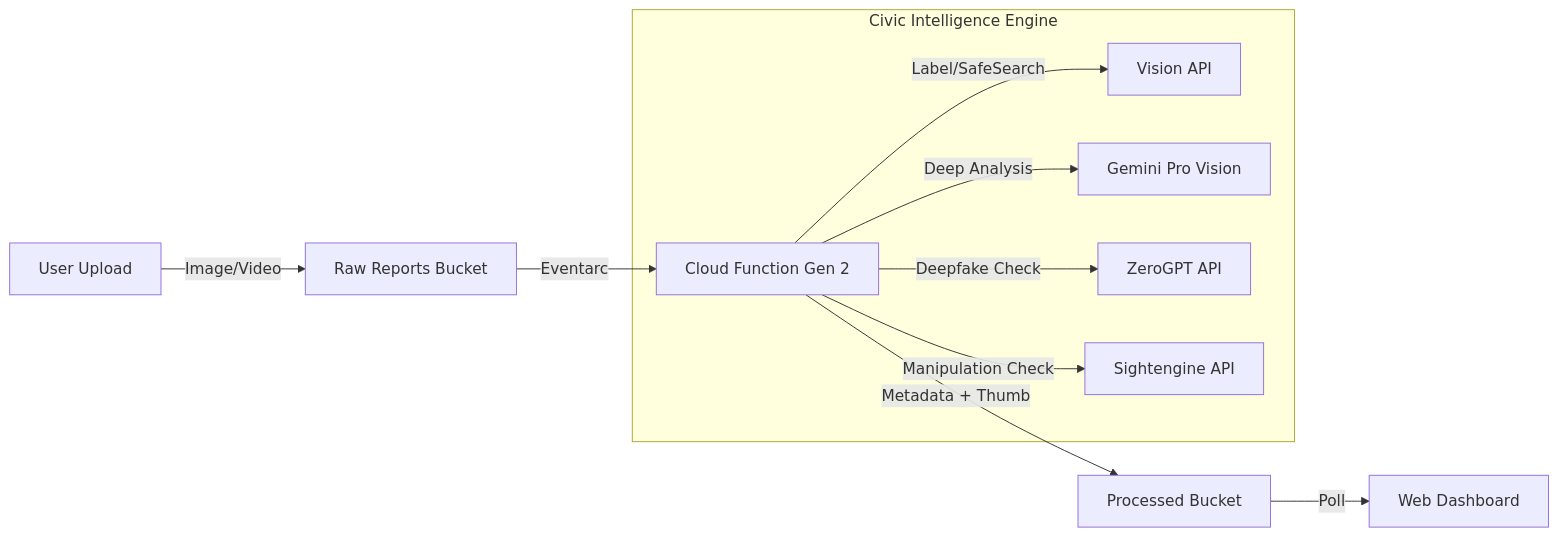
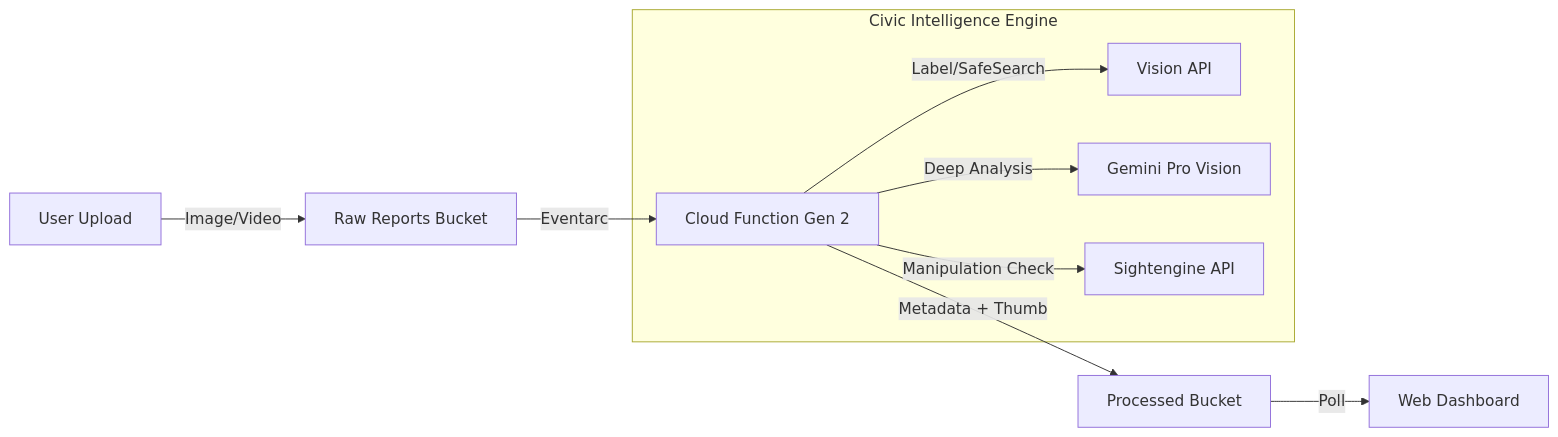
Before and after one commit to bensongeorgethomas/Smart-Incident-Reporter: the diagram in README.md, drawn with Mermaid. The commit also changed other lines of this file and 1 other file, not shown here.

Commit message:
docs: remove dashboard image and ZeroGPT references

````diff
--- a/README.md
+++ b/README.md
@@ -24,15 +22,14 @@
 ```mermaid
 graph LR
     User[User Upload] -->|Image/Video| RawBucket[Raw Reports Bucket]
     RawBucket -->|Eventarc| CloudFunction[Cloud Function Gen 2]
     
     subgraph "Civic Intelligence Engine"
         CloudFunction -->|Label/SafeSearch| VisionAPI[Vision API]
         CloudFunction -->|Deep Analysis| Gemini[Gemini Pro Vision]
-        CloudFunction -->|Deepfake Check| ZeroGPT[ZeroGPT API]
         CloudFunction -->|Manipulation Check| Sightengine[Sightengine API]
     end
     
     CloudFunction -->|Metadata + Thumb| ProcessedBucket[Processed Bucket]
     ProcessedBucket -->|Poll| Dashboard[Web Dashboard]
 ```
````
